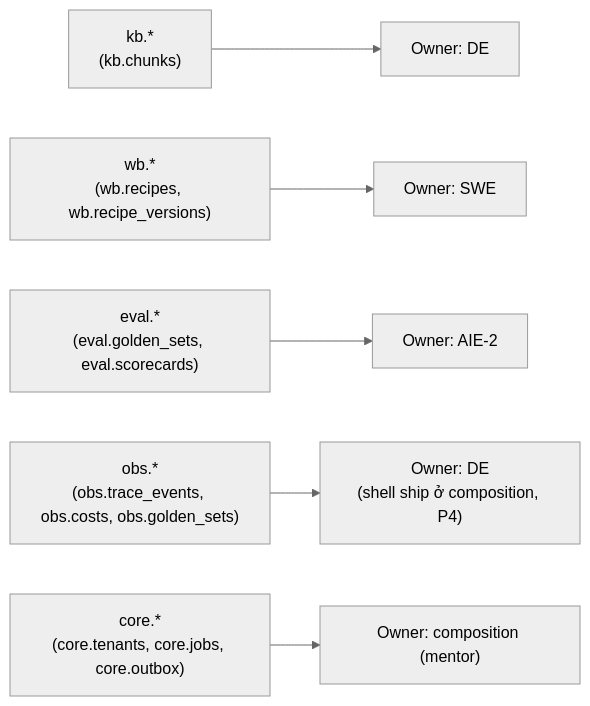
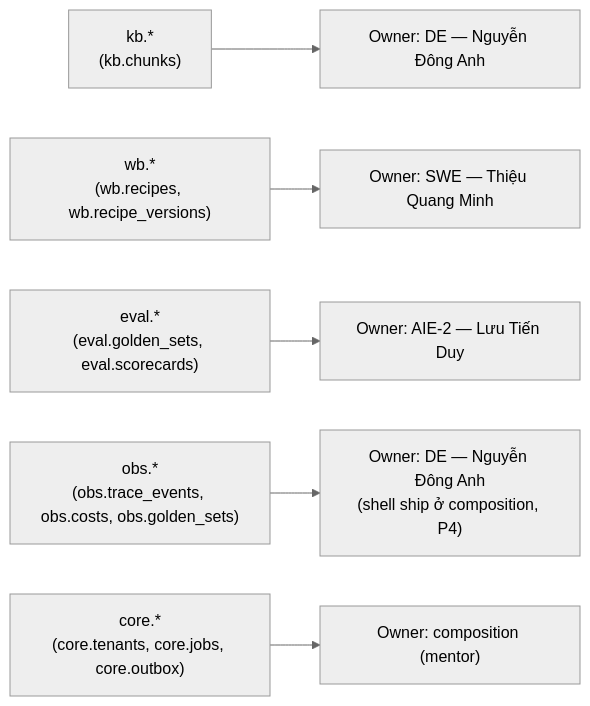
Before and after one commit to AI20K-VGR/agentcore-studio-kit: the second of 4 diagrams in docs/system-architecture.md, drawn with Mermaid (neutral theme). The commit also changed other lines of this file and 4 other files, not shown here.

````diff
--- a/docs/system-architecture.md
+++ b/docs/system-architecture.md
@@ -77,8 +77,8 @@
 ```mermaid
 graph LR
-    kb["kb.*<br/>(kb.chunks)"] --> DE["Owner: DE"]
-    wb["wb.*<br/>(wb.recipes, wb.recipe_versions)"] --> SWE["Owner: SWE"]
-    eval["eval.*<br/>(eval.golden_sets, eval.scorecards)"] --> AIE2["Owner: AIE-2"]
-    obs["obs.*<br/>(obs.trace_events, obs.costs, obs.golden_sets)"] --> DEshell["Owner: DE<br/>(shell ship ở composition, P4)"]
+    kb["kb.*<br/>(kb.chunks)"] --> DE["Owner: DE — Nguyễn Đông Anh"]
+    wb["wb.*<br/>(wb.recipes, wb.recipe_versions)"] --> SWE["Owner: SWE — Thiệu Quang Minh"]
+    eval["eval.*<br/>(eval.golden_sets, eval.scorecards)"] --> AIE2["Owner: AIE-2 — Lưu Tiến Duy"]
+    obs["obs.*<br/>(obs.trace_events, obs.costs, obs.golden_sets)"] --> DEshell["Owner: DE — Nguyễn Đông Anh<br/>(shell ship ở composition, P4)"]
     core["core.*<br/>(core.tenants, core.jobs, core.outbox)"] --> Comp["Owner: composition (mentor)"]
 ```
````
